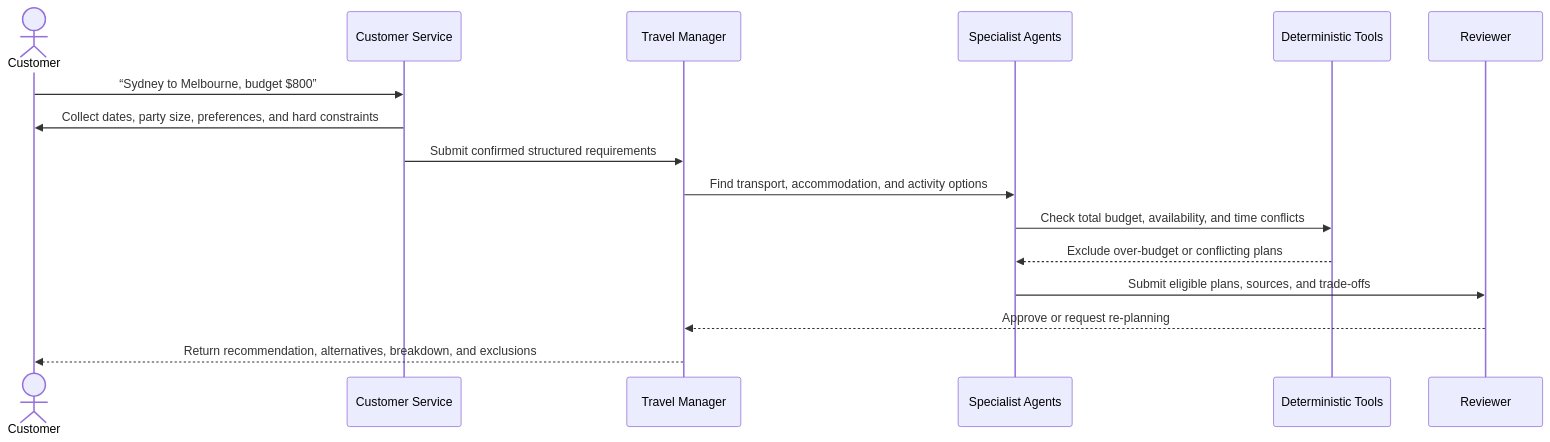
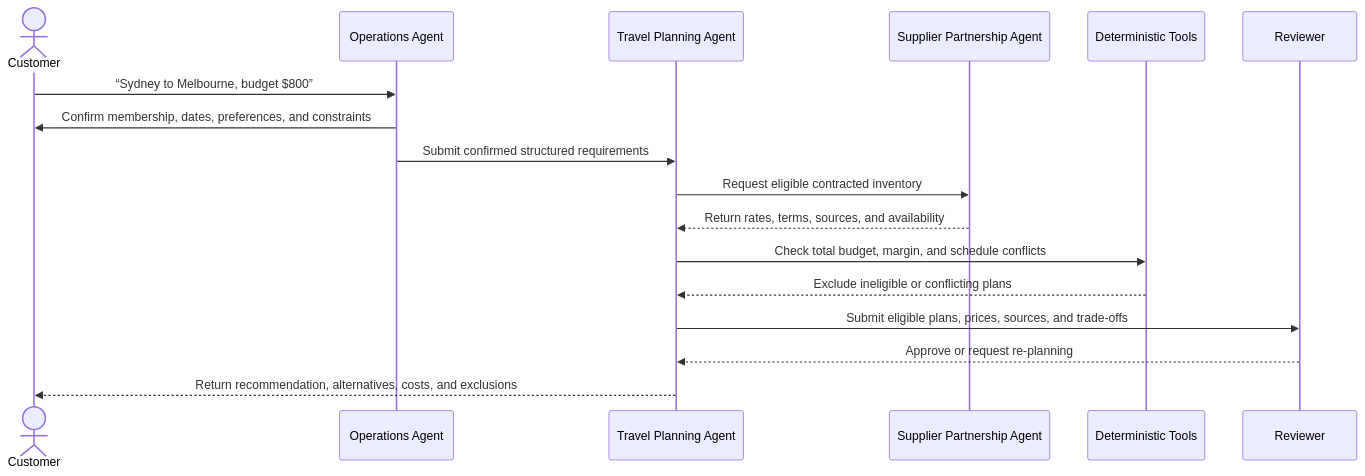
The fourth of 4 diagrams in README.md (jiahengguo/Thu-11-13-Group6), drawn with Mermaid before and after one commit. The commit also changed other lines of this file and 1 other file, not shown here.

````diff
--- a/README.md
+++ b/README.md
@@ -234,18 +331,19 @@
 ```mermaid
 sequenceDiagram
     actor U as Customer
-    participant CS as Customer Service
-    participant TM as Travel Manager
-    participant A as Specialist Agents
+    participant O as Operations Agent
+    participant P as Travel Planning Agent
+    participant S as Supplier Partnership Agent
     participant T as Deterministic Tools
     participant R as Reviewer
-    U->>CS: “Sydney to Melbourne, budget $800”
-    CS->>U: Collect dates, party size, preferences, and hard constraints
-    CS->>TM: Submit confirmed structured requirements
-    TM->>A: Find transport, accommodation, and activity options
-    A->>T: Check total budget, availability, and time conflicts
-    T-->>A: Exclude over-budget or conflicting plans
-    A->>R: Submit eligible plans, sources, and trade-offs
-    R-->>TM: Approve or request re-planning
-    TM-->>U: Return recommendation, alternatives, breakdown, and exclusions
+    U->>O: “Sydney to Melbourne, budget $800”
+    O->>U: Confirm membership, dates, preferences, and constraints
+    O->>P: Submit confirmed structured requirements
+    P->>S: Request eligible contracted inventory
+    S-->>P: Return rates, terms, sources, and availability
+    P->>T: Check total budget, margin, and schedule conflicts
+    T-->>P: Exclude ineligible or conflicting plans
+    P->>R: Submit eligible plans, prices, sources, and trade-offs
+    R-->>P: Approve or request re-planning
+    P-->>U: Return recommendation, alternatives, costs, and exclusions
 ```
````
